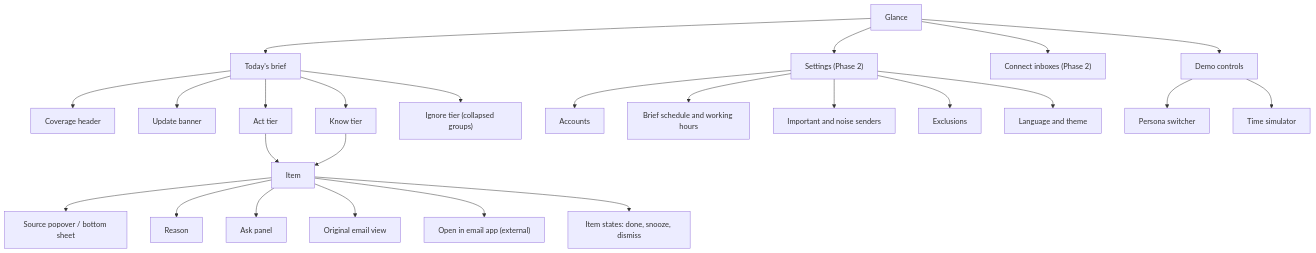
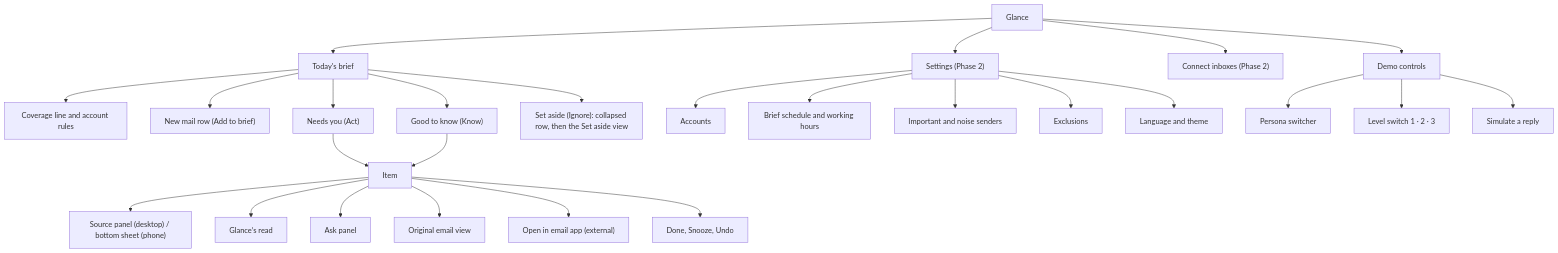
The sixth of 7 diagrams in docs/product-brief.md (shuhaoshang/glance-mail), drawn with Mermaid before and after one commit. The commit also changed other lines of this file and 97 other files, not shown here.

````diff
--- a/docs/product-brief.md
+++ b/docs/product-brief.md
@@ -321,31 +353,32 @@
 ```mermaid
 flowchart TD
   G["Glance"] --> B["Today's brief"]
   G --> S["Settings (Phase 2)"]
   G --> O["Connect inboxes (Phase 2)"]
   G --> D["Demo controls"]
 
-  B --> CH["Coverage header"]
-  B --> UB["Update banner"]
-  B --> ACT["Act tier"]
-  B --> KNOW["Know tier"]
-  B --> IGN["Ignore tier (collapsed groups)"]
+  B --> CH["Coverage line and account rules"]
+  B --> UB["New mail row (Add to brief)"]
+  B --> ACT["Needs you (Act)"]
+  B --> KNOW["Good to know (Know)"]
+  B --> IGN["Set aside (Ignore): collapsed row, then the Set aside view"]
 
   ACT --> IT["Item"]
   KNOW --> IT
-  IT --> SRC["Source popover / bottom sheet"]
-  IT --> WHY["Reason"]
+  IT --> SRC["Source panel (desktop) / bottom sheet (phone)"]
+  IT --> WHY["Glance’s read"]
   IT --> ASK["Ask panel"]
   IT --> EM["Original email view"]
   IT --> EXT["Open in email app (external)"]
-  IT --> ST["Item states: done, snooze, dismiss"]
+  IT --> ST["Done, Snooze, Undo"]
 
   S --> S1["Accounts"]
   S --> S2["Brief schedule and working hours"]
   S --> S3["Important and noise senders"]
   S --> S4["Exclusions"]
   S --> S5["Language and theme"]
 
   D --> D1["Persona switcher"]
-  D --> D2["Time simulator"]
+  D --> D2["Level switch 1 · 2 · 3"]
+  D --> D3["Simulate a reply"]
 ```
````
